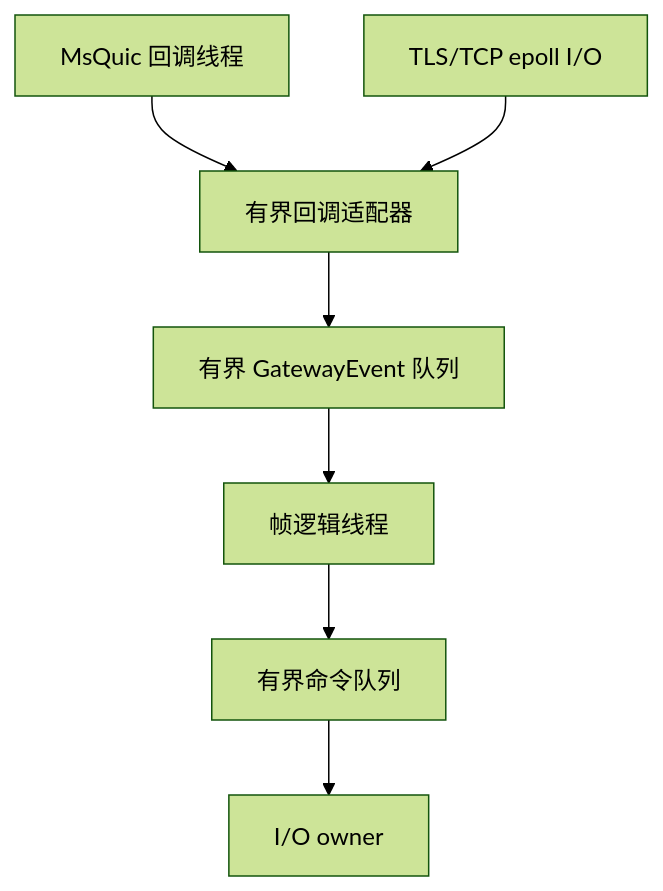
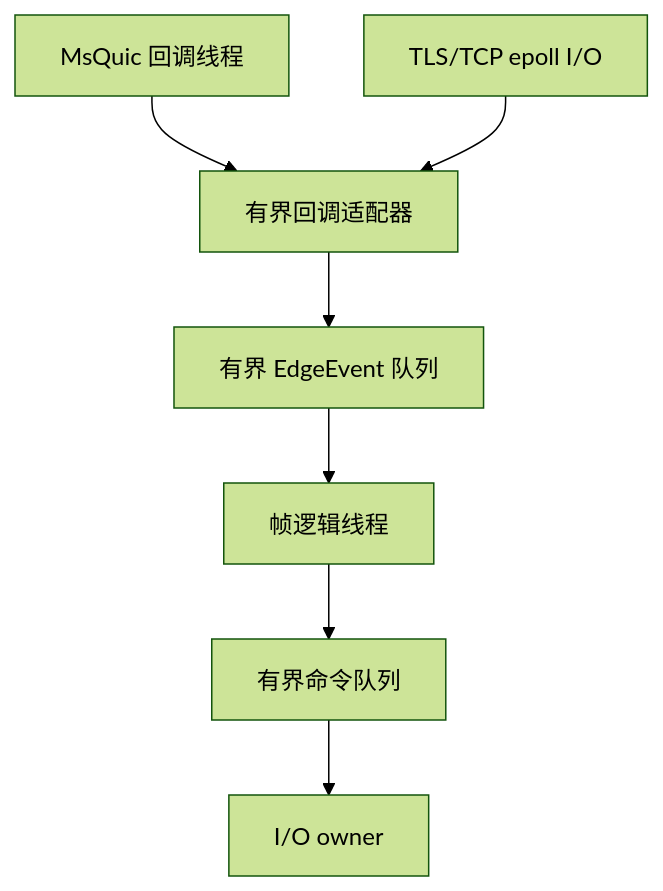
Before and after one commit to lvivvde/RealmMesh: the fifth of 5 diagrams in docs/architecture.md, drawn with Mermaid (forest theme). The commit also changed other lines of this file and 61 other files, not shown here.

````diff
--- a/docs/architecture.md
+++ b/docs/architecture.md
@@ -170,9 +171,9 @@
 ```mermaid
 flowchart TB
     MsQuic[MsQuic 回调线程] --> Adapter[有界回调适配器]
     Tls[TLS/TCP epoll I/O] --> Adapter
-    Adapter --> Inbound[有界 GatewayEvent 队列]
+    Adapter --> Inbound[有界 EdgeEvent 队列]
     Inbound --> Frame[帧逻辑线程]
     Frame --> Outbound[有界命令队列]
     Outbound --> IO[I/O owner]
 ```
````
